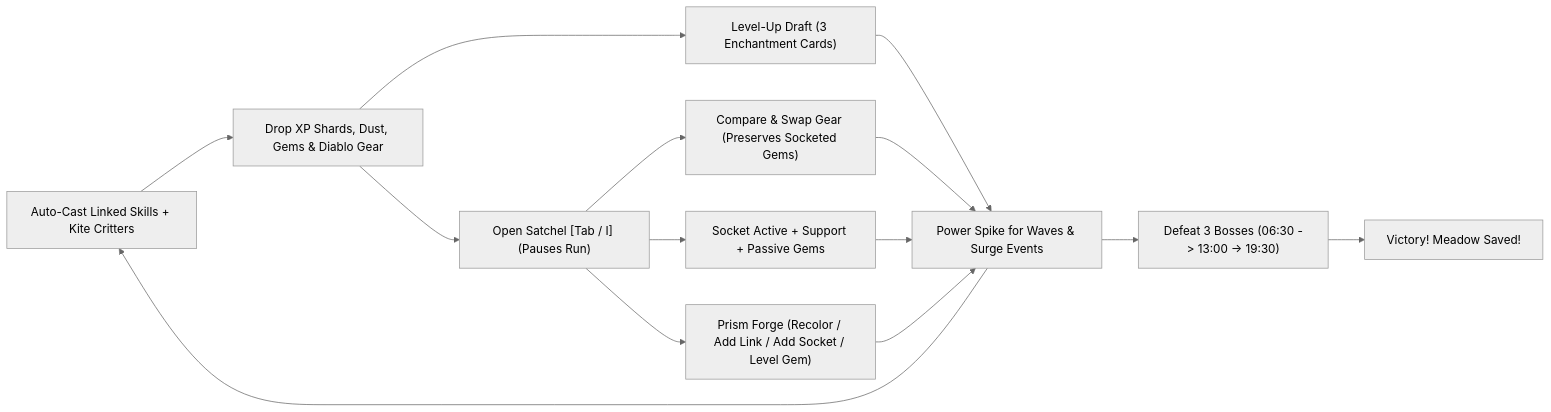
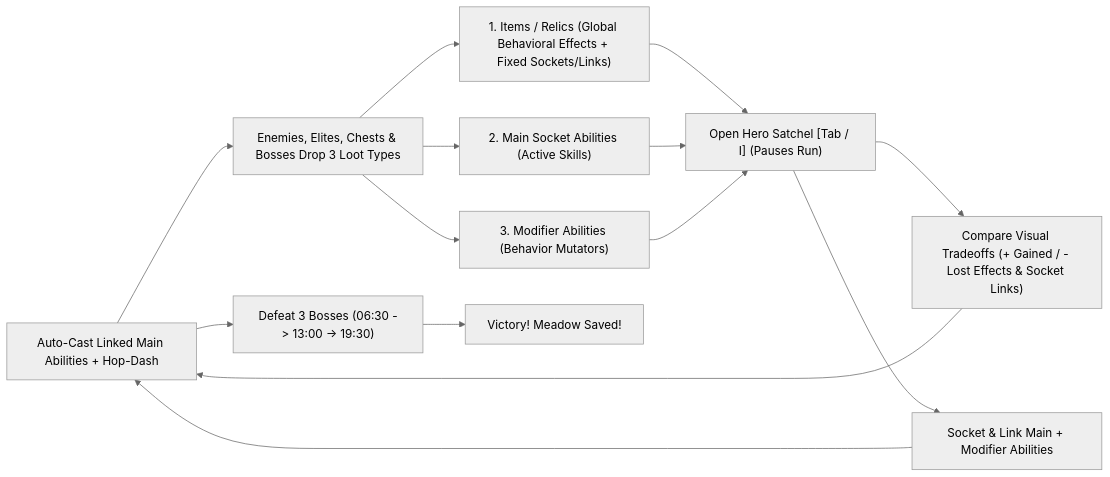
One commit to normandra/paw-and-prism changed the diagram in docs/GAME_DESIGN_DOCUMENT.md. Above: the diagram before and after it, drawn with Mermaid (neutral theme). The commit also changed other lines of this file and 31 other files, not shown here.

Commit message:
v2.0 revamp: behavioral loot tradeoffs, zero-leveling, PoE tutorial, icon-first UI & updated GDD

````diff
--- a/docs/GAME_DESIGN_DOCUMENT.md
+++ b/docs/GAME_DESIGN_DOCUMENT.md
@@ -35,16 +36,16 @@
 ```mermaid
 flowchart LR
-    K["Auto-Cast Linked Skills + Kite Critters"] --> D["Drop XP Shards, Dust, Gems & Diablo Gear"]
-    D --> L["Level-Up Draft (3 Enchantment Cards)"]
-    D --> B["Open Satchel [Tab / I] (Pauses Run)"]
-    B --> E["Compare & Swap Gear (Preserves Socketed Gems)"]
-    B --> P["Socket Active + Support + Passive Gems"]
-    B --> F["Prism Forge (Recolor / Add Link / Add Socket / Level Gem)"]
-    L --> S["Power Spike for Waves & Surge Events"]
-    E --> S
-    P --> S
-    F --> S
+    K["Auto-Cast Linked Main Abilities + Hop-Dash"] --> D["Enemies, Elites, Chests & Bosses Drop 3 Loot Types"]
+    D --> L1["1. Items / Relics (Global Behavioral Effects + Fixed Sockets/Links)"]
+    D --> L2["2. Main Socket Abilities (Active Skills)"]
+    D --> L3["3. Modifier Abilities (Behavior Mutators)"]
+    L1 --> B["Open Hero Satchel [Tab / I] (Pauses Run)"]
+    L2 --> B
+    L3 --> B
+    B --> T["Compare Visual Tradeoffs (+ Gained / - Lost Effects & Socket Links)"]
+    B --> S["Socket & Link Main + Modifier Abilities"]
+    T --> K
     S --> K
-    S --> BO["Defeat 3 Bosses (06:30 -> 13:00 -> 19:30)"]
+    K --> BO["Defeat 3 Bosses (06:30 -> 13:00 -> 19:30)"]
     BO --> V["Victory! Meadow Saved!"]
 ```
````
